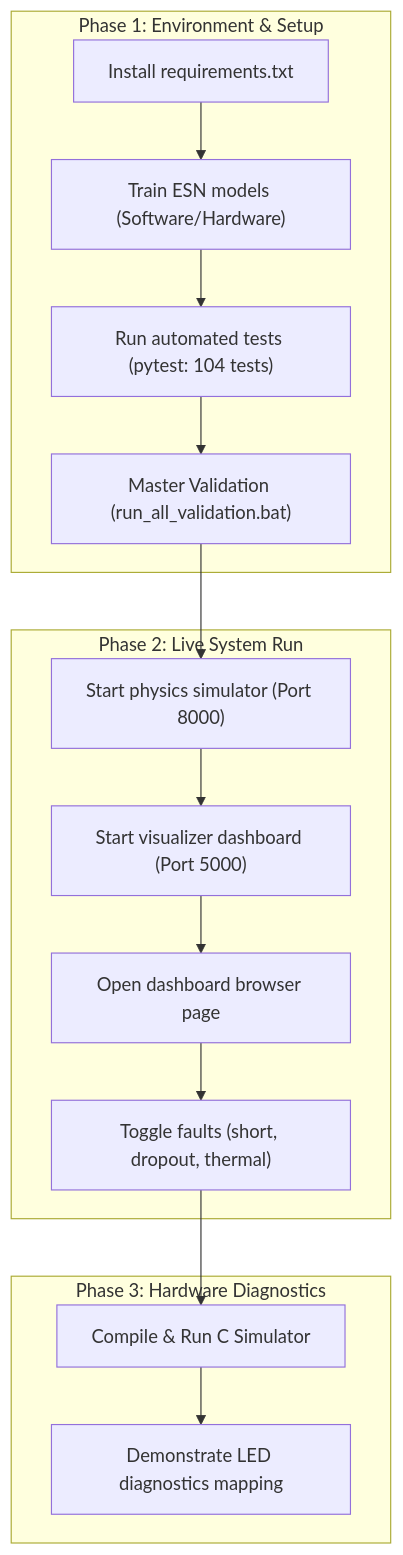
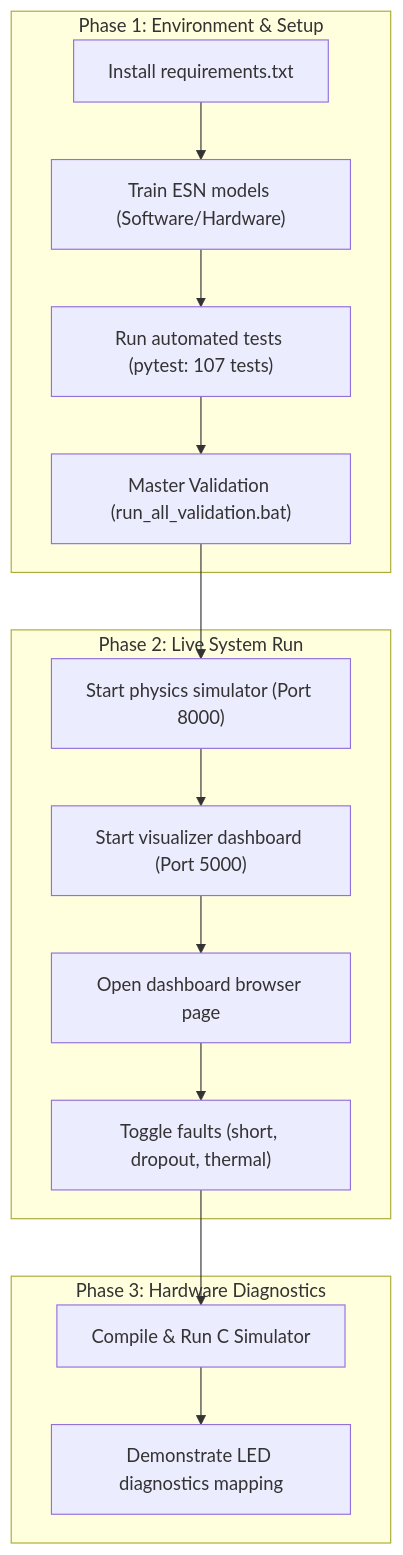
One commit to tanish-jain-225/Battery_State_Estimator_BE_Project_2026_2027 changed the diagram in docs/Resources/DEMO_CHECKLIST.md. Above: the diagram before and after it, drawn with Mermaid. The commit also changed other lines of this file and 19 other files, not shown here.

````diff
--- a/docs/Resources/DEMO_CHECKLIST.md
+++ b/docs/Resources/DEMO_CHECKLIST.md
@@ -15,31 +15,31 @@
 ```mermaid
 flowchart TD
     subgraph Phase 1: Environment & Setup
         Setup_1["Install requirements.txt"]
         Setup_2["Train ESN models (Software/Hardware)"]
-        Setup_3["Run automated tests (pytest: 104 tests)"]
+        Setup_3["Run automated tests (pytest: 107 tests)"]
         Setup_4["Master Validation (run_all_validation.bat)"]
         Setup_1 --> Setup_2
         Setup_2 --> Setup_3
         Setup_3 --> Setup_4
     end
 
     subgraph Phase 2: Live System Run
         Run_1["Start physics simulator (Port 8000)"]
         Run_2["Start visualizer dashboard (Port 5000)"]
         Run_3["Open dashboard browser page"]
         Run_4["Toggle faults (short, dropout, thermal)"]
         Run_1 --> Run_2
         Run_2 --> Run_3
         Run_3 --> Run_4
     end
 
     subgraph Phase 3: Hardware Diagnostics
         HW_1["Compile & Run C Simulator"]
         HW_2["Demonstrate LED diagnostics mapping"]
         HW_1 --> HW_2
     end
 
     Setup_4 --> Run_1
     Run_4 --> HW_1
 ```
````
